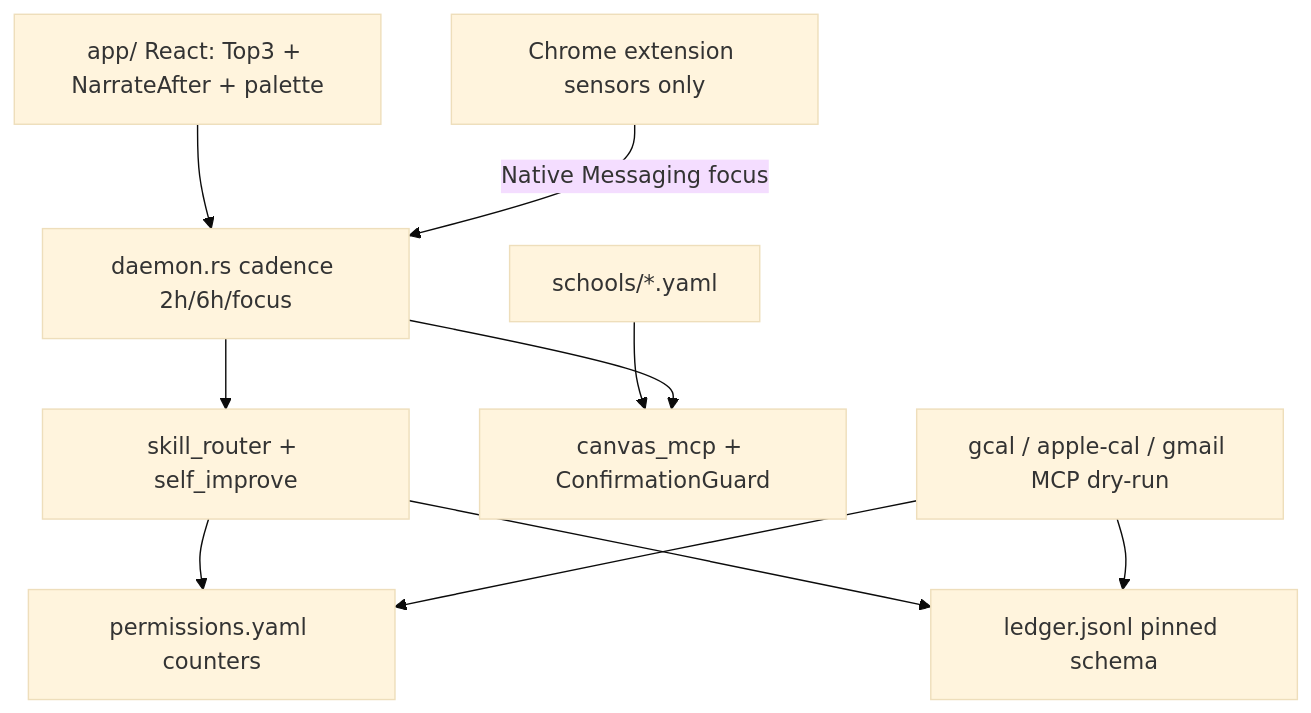
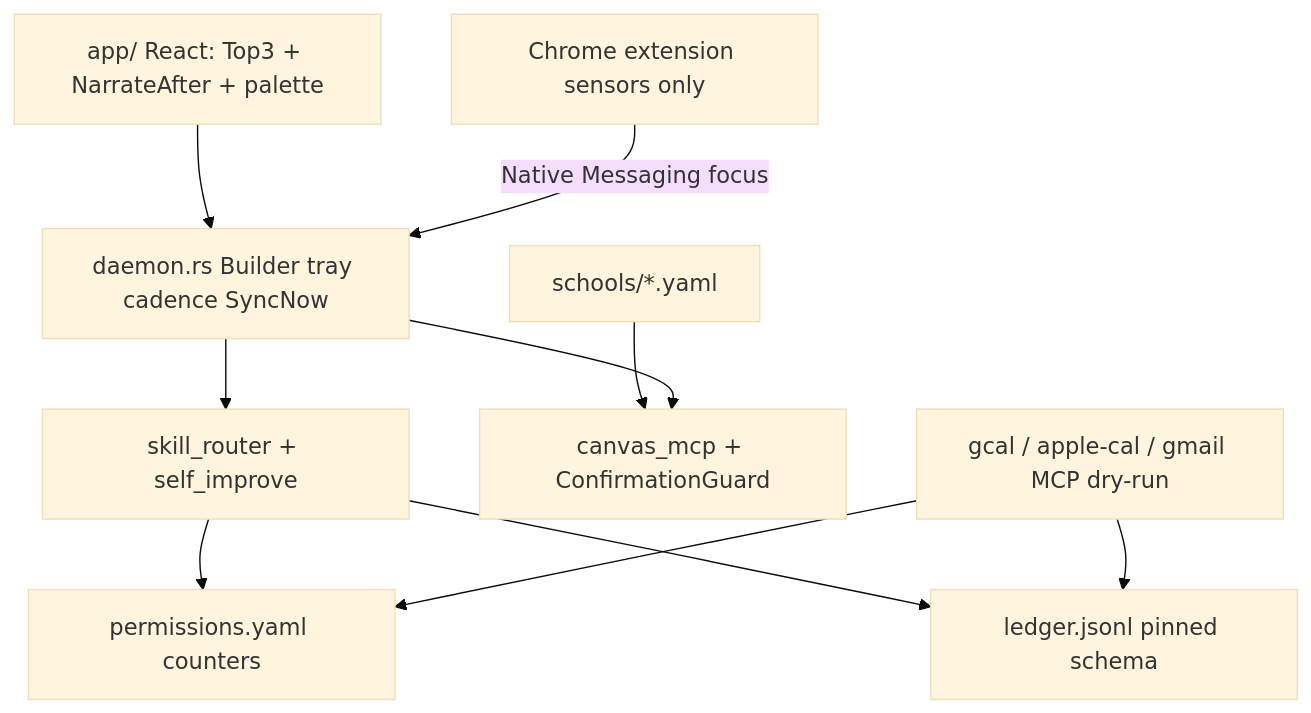
One commit to jacobdpfeifer-svg/Canvas-Helper changed the diagram in docs/handoff/architect-brief.md. Above: the diagram before and after it, drawn with Mermaid (base theme). The commit also changed other lines of this file and 33 other files, not shown here.

````diff
--- a/docs/handoff/architect-brief.md
+++ b/docs/handoff/architect-brief.md
@@ -62,22 +52,22 @@
 ```mermaid
 flowchart TB
   UI["app/ React: Top3 + NarrateAfter + palette"]
-  Daemon["daemon.rs cadence 2h/6h/focus"]
+  Daemon["daemon.rs Builder tray cadence SyncNow"]
   Router["skill_router + self_improve"]
   Perm["permissions.yaml counters"]
   Ledger["ledger.jsonl pinned schema"]
   School["schools/*.yaml"]
   Canvas["canvas_mcp + ConfirmationGuard"]
   Act["gcal / apple-cal / gmail MCP dry-run"]
   Ext["Chrome extension sensors only"]
 
   UI --> Daemon
   Daemon --> Router
   Router --> Perm
   Router --> Ledger
   School --> Canvas
   Act --> Ledger
   Act --> Perm
   Ext -->|"Native Messaging focus"| Daemon
   Daemon --> Canvas
 ```
````
